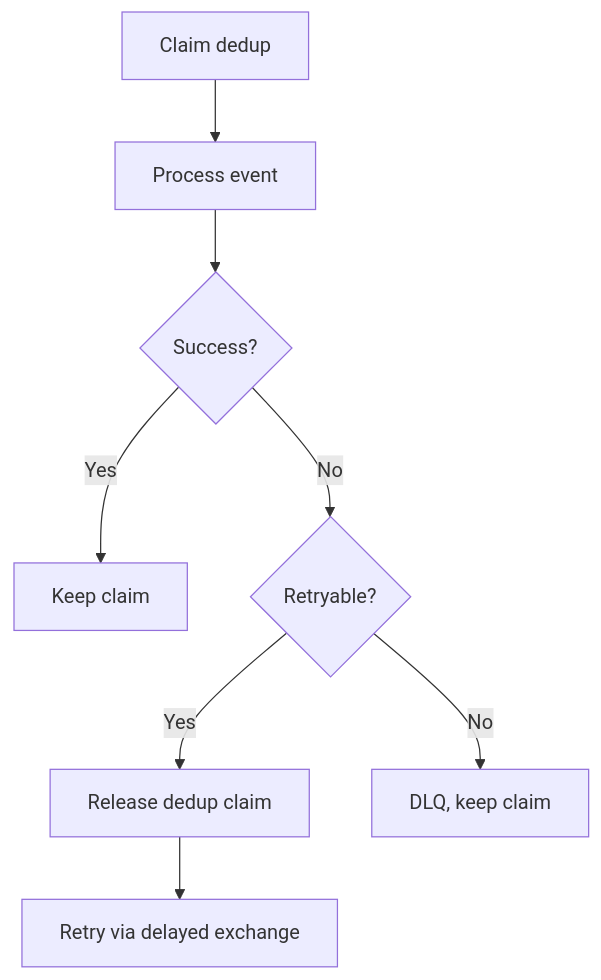
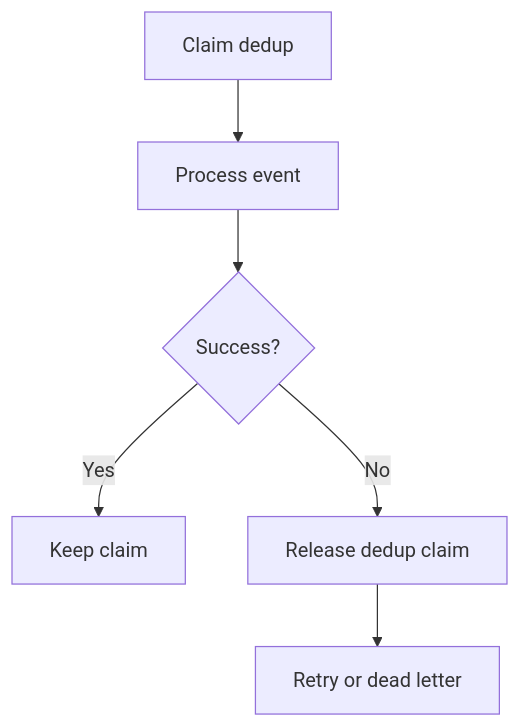
The fifth of 5 diagrams in services/workers/docs/components/analytics-worker.md (kunalPisolkar24/detectAI), drawn with Mermaid before and after one commit. The commit also changed other lines of this file and 10 other files, not shown here.

````diff
--- a/services/workers/docs/components/analytics-worker.md
+++ b/services/workers/docs/components/analytics-worker.md
@@ -118,10 +183,8 @@
 ```mermaid
 graph TB
     A[Claim dedup] --> B[Process event]
     B --> C{Success?}
     C -->|Yes| D[Keep claim]
-    C -->|No| E{Retryable?}
-    E -->|Yes| F[Release dedup claim]
-    F --> G[Retry via delayed exchange]
-    E -->|No| H[DLQ, keep claim]
+    C -->|No| E[Release dedup claim]
+    E --> F[Retry or dead letter]
 ```
````
